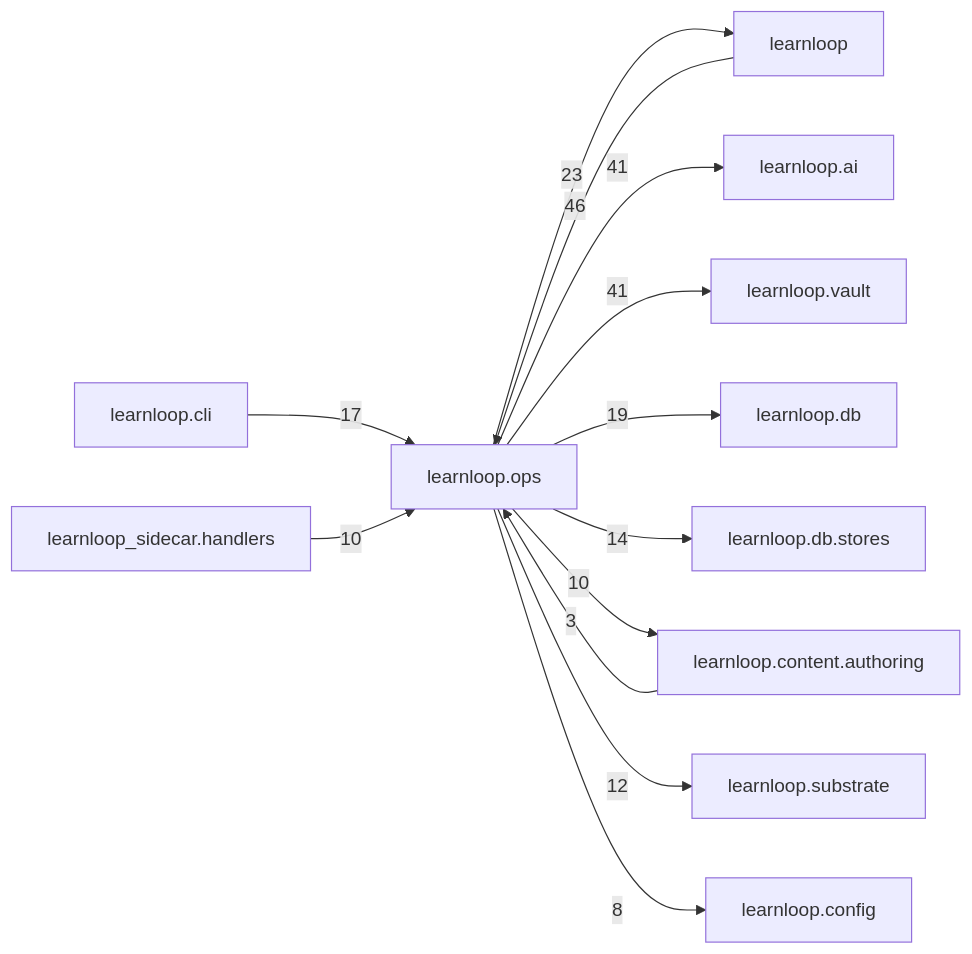
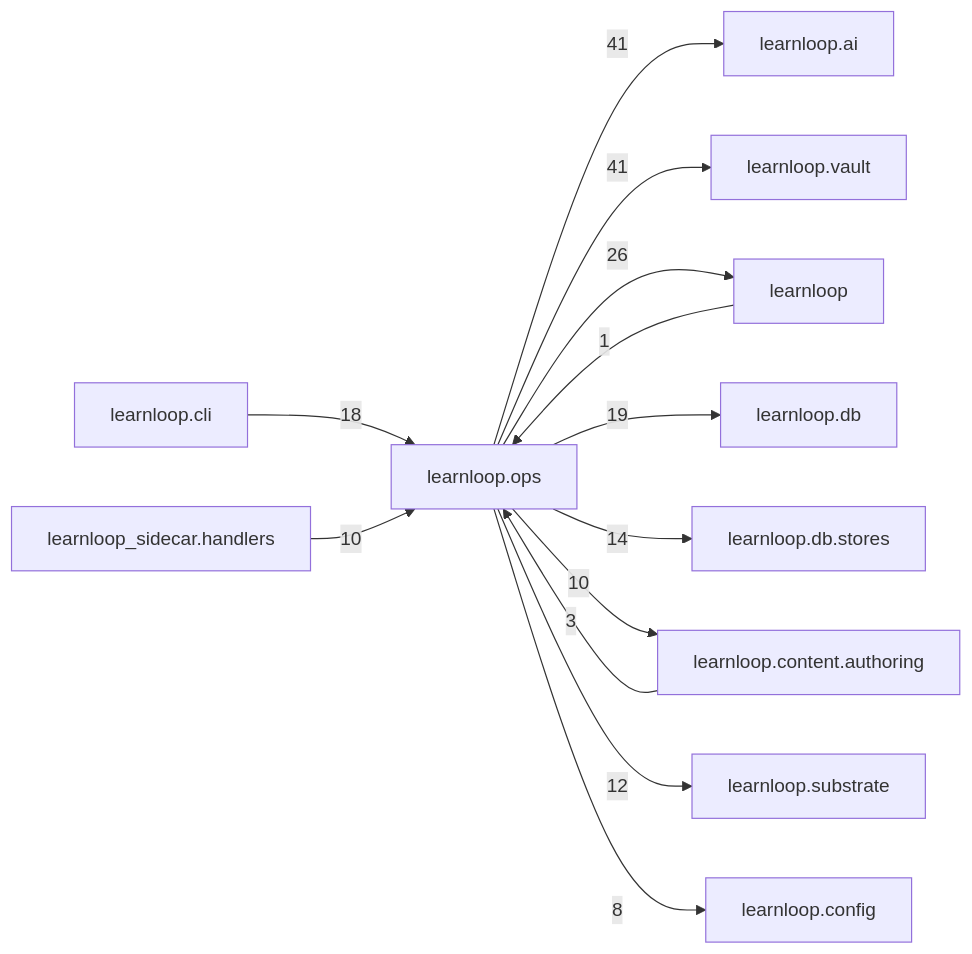
Before and after one commit to 6up-b/learnanything: the diagram in docs/learnloop-architecture-vault/Reference/Modules/learnloop/ops/_package.md, drawn with Mermaid. The commit also changed other lines of this file and 174 other files, not shown here.

````diff
--- a/docs/learnloop-architecture-vault/Reference/Modules/learnloop/ops/_package.md
+++ b/docs/learnloop-architecture-vault/Reference/Modules/learnloop/ops/_package.md
@@ -150,26 +148,26 @@
 ```mermaid
 flowchart LR
     center["learnloop.ops"]
-    n_learnloop["learnloop"]
     n_learnloop_ai["learnloop.ai"]
     n_learnloop_vault["learnloop.vault"]
+    n_learnloop["learnloop"]
     n_learnloop_db["learnloop.db"]
     n_learnloop_cli["learnloop.cli"]
     n_learnloop_db_stores["learnloop.db.stores"]
     n_learnloop_content_authoring["learnloop.content.authoring"]
     n_learnloop_substrate["learnloop.substrate"]
     n_learnloop_sidecar_handlers["learnloop_sidecar.handlers"]
     n_learnloop_config["learnloop.config"]
-    n_learnloop -->|46| center
-    center -->|23| n_learnloop
     center -->|41| n_learnloop_ai
     center -->|41| n_learnloop_vault
+    n_learnloop -->|1| center
+    center -->|26| n_learnloop
     center -->|19| n_learnloop_db
-    n_learnloop_cli -->|17| center
+    n_learnloop_cli -->|18| center
     center -->|14| n_learnloop_db_stores
     n_learnloop_content_authoring -->|3| center
     center -->|10| n_learnloop_content_authoring
     center -->|12| n_learnloop_substrate
     n_learnloop_sidecar_handlers -->|10| center
     center -->|8| n_learnloop_config
 ```
````
